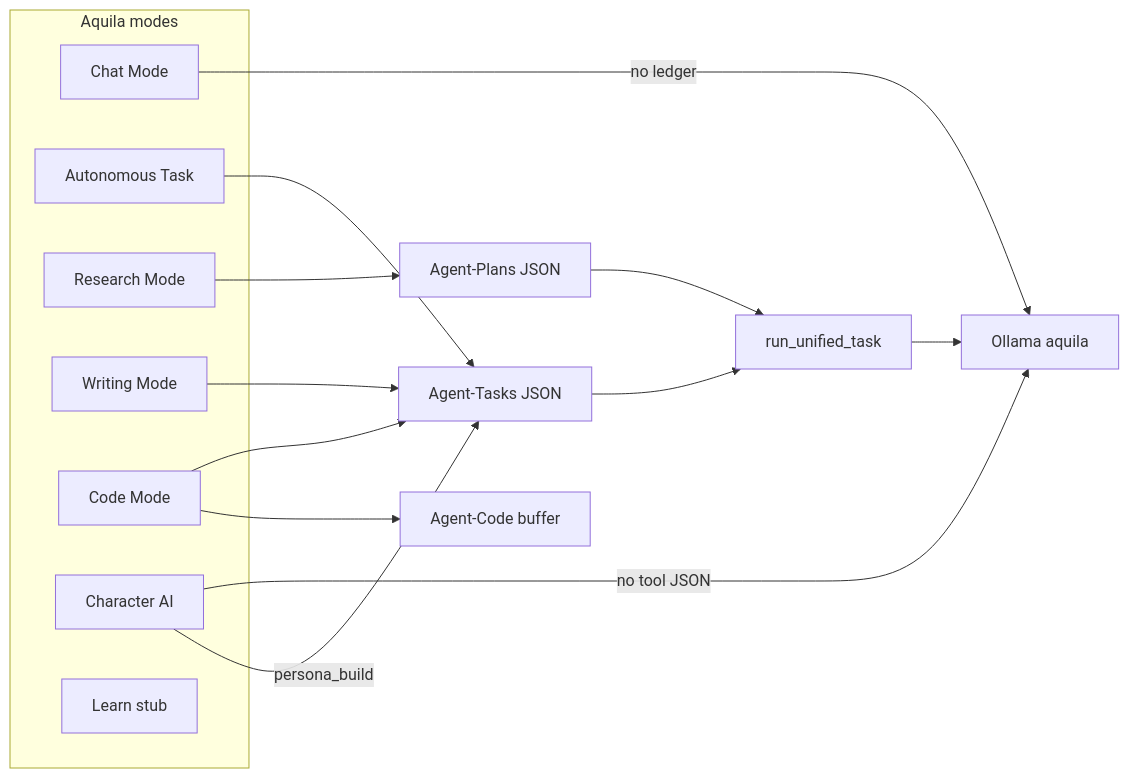
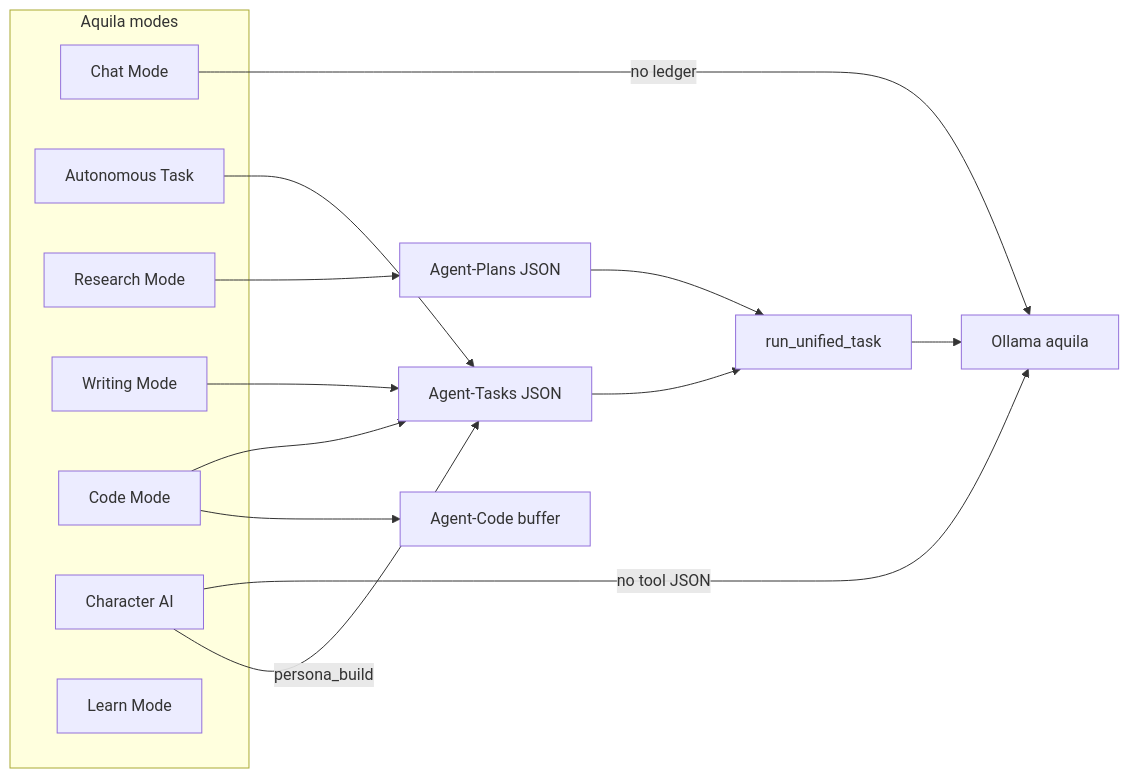
Before and after one commit to Xydra01/AquilaAI: the diagram in README.md, drawn with Mermaid. The commit also changed other lines of this file and 28 other files, not shown here.

````diff
--- a/README.md
+++ b/README.md
@@ -266,23 +266,23 @@
 ```mermaid
 flowchart LR
     subgraph modes [Aquila modes]
         Chat[Chat Mode]
         Task[Autonomous Task]
         Research[Research Mode]
         Writing[Writing Mode]
         Code[Code Mode]
         Character[Character AI]
-        Learn[Learn stub]
+        Learn[Learn Mode]
     end
     Chat -->|no ledger| Ollama[Ollama aquila]
     Character -->|no tool JSON| Ollama
     Task --> LedgerTasks[Agent-Tasks JSON]
     Research --> LedgerPlans[Agent-Plans JSON]
     Writing --> LedgerTasks
     Code --> LedgerTasks
     Character -->|persona_build| LedgerTasks
     Code --> CodeBuf[Agent-Code buffer]
     LedgerTasks --> Loop[run_unified_task]
     LedgerPlans --> Loop
     Loop --> Ollama
 ```
````
